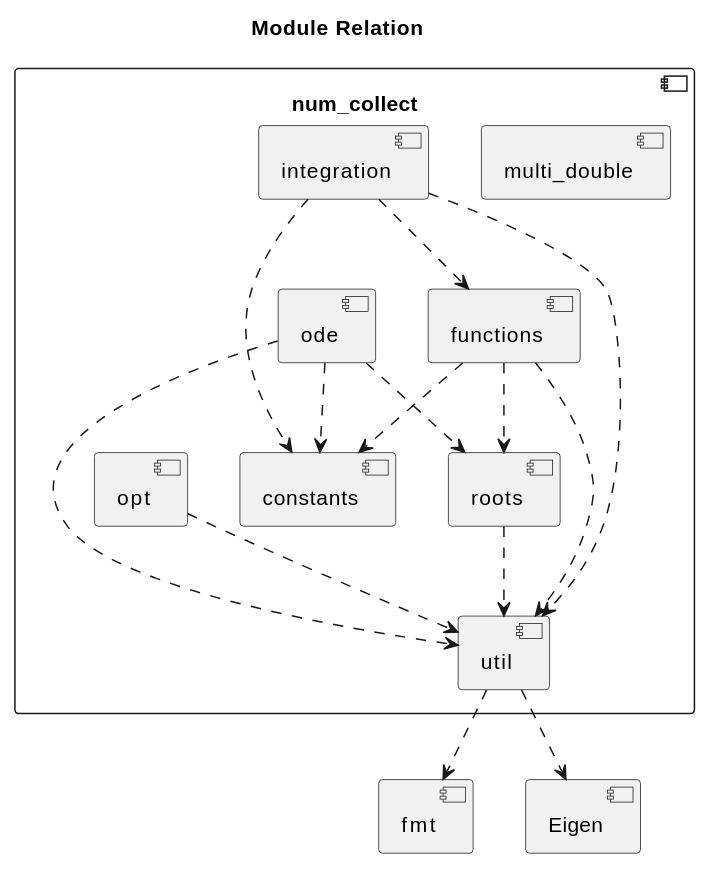
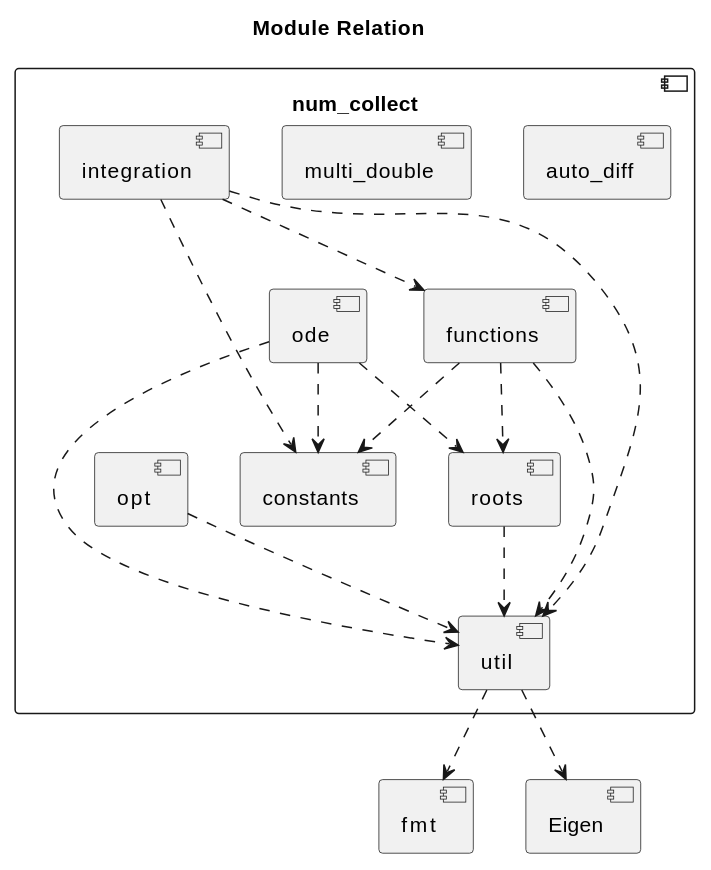
Before and after one commit to MusicScience37/numerical-collection-cpp: the diagram in doc/sphinx/src/modules.rst, drawn with PlantUML. The commit also changed other lines of this file and 3 other files, not shown here.

```diff
--- a/doc/sphinx/src/modules.rst
+++ b/doc/sphinx/src/modules.rst
@@ -4,37 +4,39 @@
 .. uml::
 
     title Module Relation
 
     component fmt
     component Eigen
 
     component num_collect {
         component util
         util ..> fmt
         util ..> Eigen
+
+        component auto_diff
 
         component opt
         opt ..> util
 
         component multi_double
 
         component constants
 
         component roots
         roots ..> util
 
         component functions
         functions ..> util
         functions ..> constants
         functions ..> roots
 
         component integration
         integration ..> util
         integration ..> constants
         integration ..> functions
 
         component ode
         ode ..> util
         ode ..> constants
         ode ..> roots
     }
```
